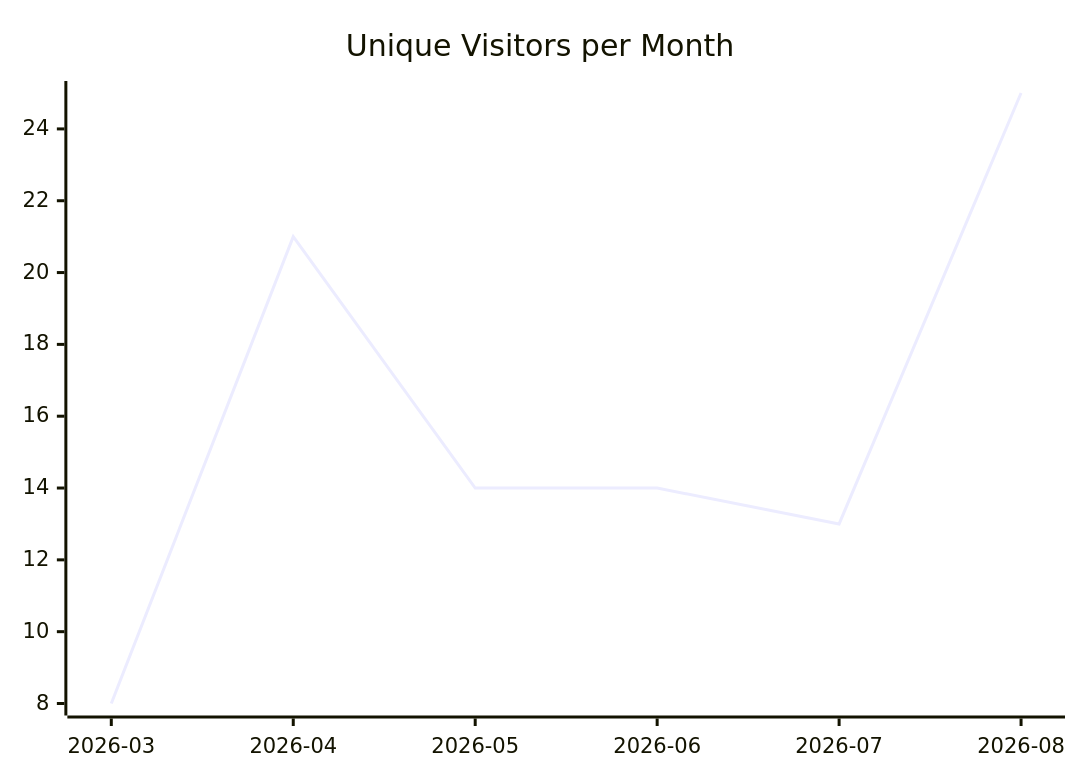
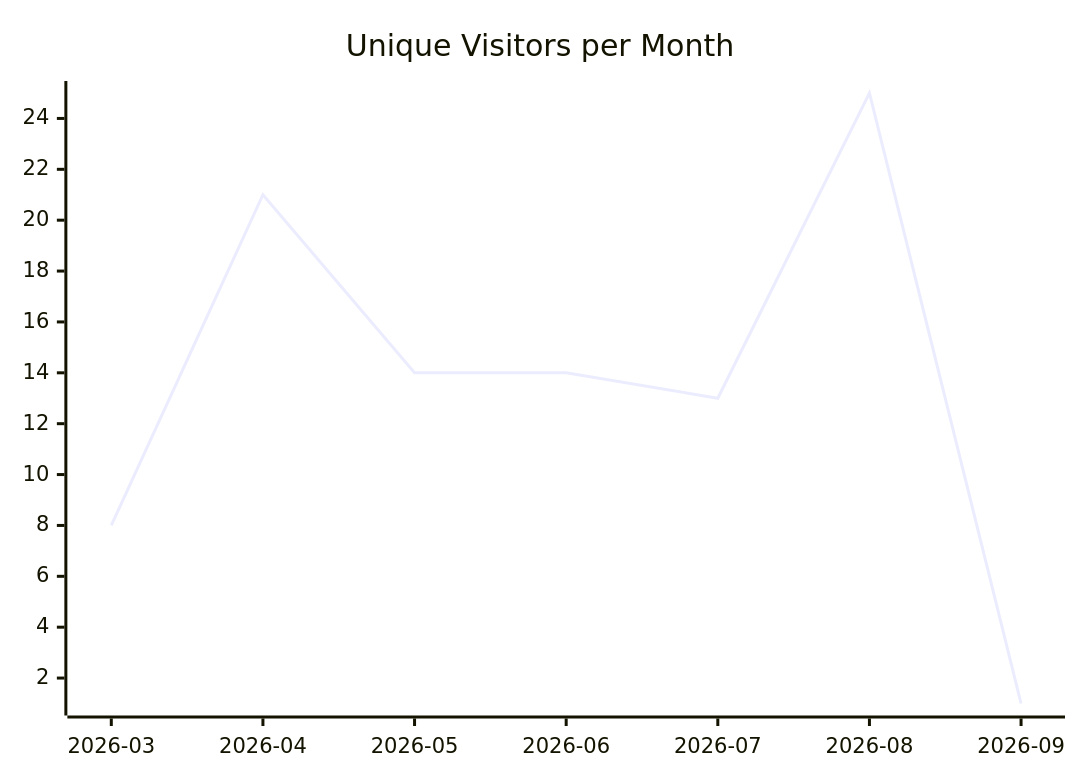
Before and after one commit to justdavis-family/github-analytics-data: the first of 3 diagrams in karlmdavis/ksoap2-android/README.md, drawn with Mermaid. The commit also changed other lines of this file and 191 other files, not shown here.

````diff
--- a/karlmdavis/ksoap2-android/README.md
+++ b/karlmdavis/ksoap2-android/README.md
@@ -5,6 +5,6 @@
 ```mermaid
 xychart-beta
   title "Unique Visitors per Month"
-  x-axis ["2026-03", "2026-04", "2026-05", "2026-06", "2026-07", "2026-08"]
-  line [8, 21, 14, 14, 13, 25]
+  x-axis ["2026-03", "2026-04", "2026-05", "2026-06", "2026-07", "2026-08", "2026-09"]
+  line [8, 21, 14, 14, 13, 25, 1]
 ```
````
